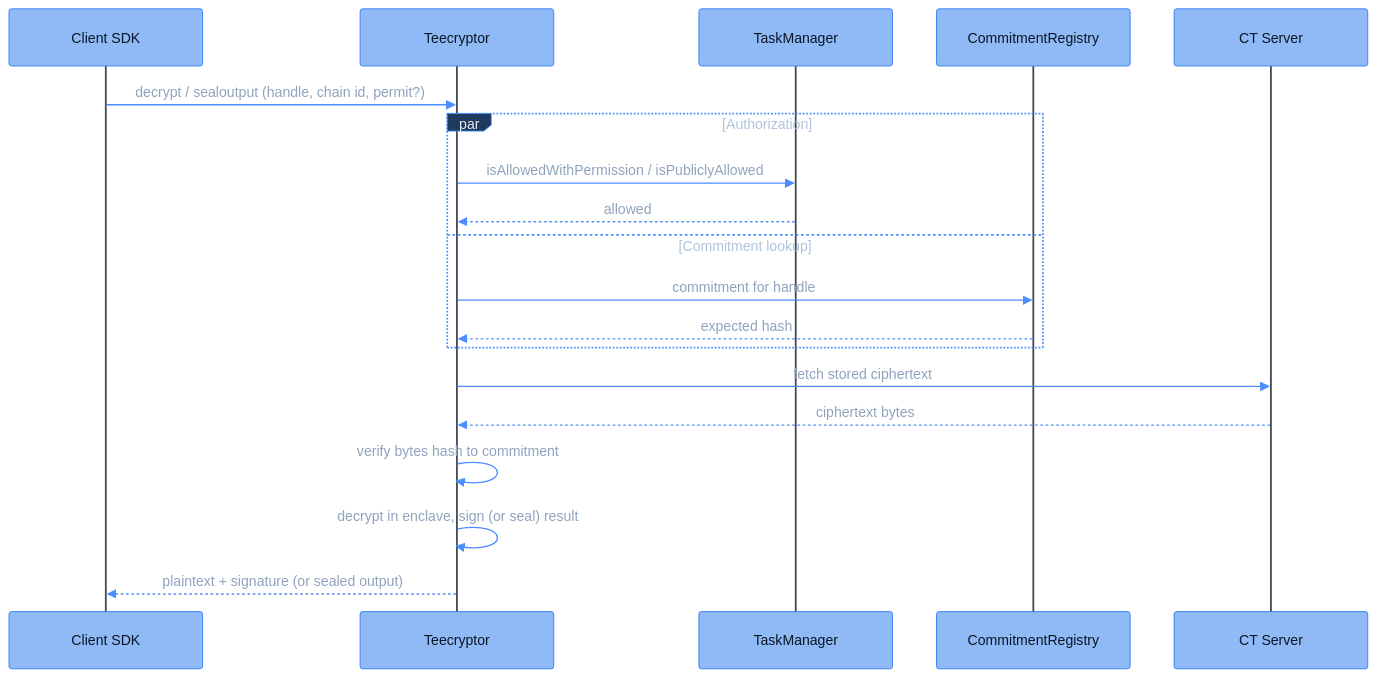
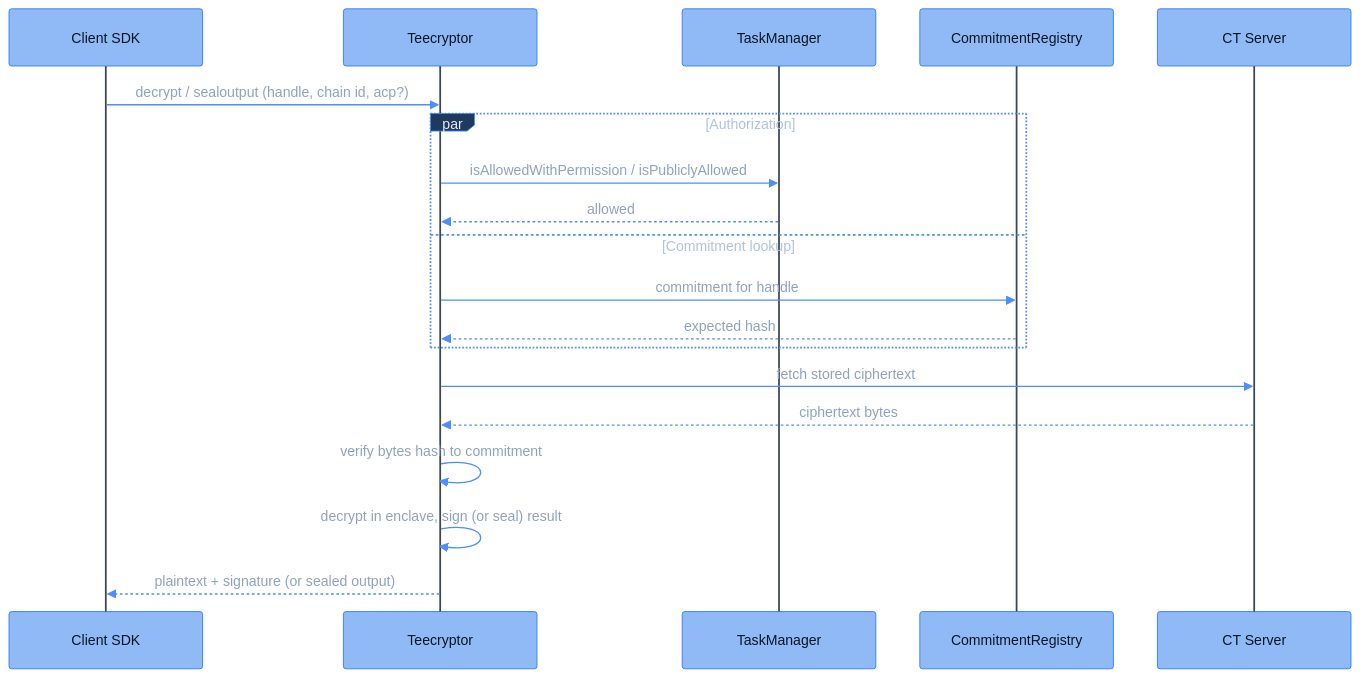
One commit to FhenixProtocol/fhenix-developer-docs changed the diagram in deep-dive/cofhe-components/teecryptor.mdx. Above: the diagram before and after it, drawn with Mermaid. The commit also changed other lines of this file, not shown here.

Commit message:
[DOCS] deep-dive/teecryptor: permit travels as acp, sealoutput requires one (ACP upgrade)

````diff
--- a/deep-dive/cofhe-components/teecryptor.mdx
+++ b/deep-dive/cofhe-components/teecryptor.mdx
@@ -46,23 +46,23 @@
 ```mermaid
 %%{init: {"theme": "base", "themeVariables": {"fontFamily": "Menlo, Monaco, Consolas, monospace", "fontSize": "16px", "primaryColor": "#8FBAF5", "primaryBorderColor": "#2E7CF6", "primaryTextColor": "#0A1626", "lineColor": "#4C8DFF", "signalColor": "#4C8DFF", "signalTextColor": "#8FA3BF", "actorBkg": "#8FBAF5", "actorBorder": "#2E7CF6", "actorTextColor": "#0A1626", "actorLineColor": "#3D4654", "noteBkgColor": "#14171C", "noteBorderColor": "#3D4654", "noteTextColor": "#AFC3DE", "activationBkgColor": "#1E3A5F", "activationBorderColor": "#4C8DFF", "clusterBkg": "#14171C", "clusterBorder": "#3D4654", "titleColor": "#E7EAEE", "edgeLabelBackground": "#8FBAF5", "textColor": "#AFC3DE", "labelTextColor": "#E7EAEE", "tertiaryColor": "#14171C", "loopTextColor": "#AFC3DE", "labelBoxBkgColor": "#1E3A5F", "labelBoxBorderColor": "#4C8DFF"}, "sequence": {"actorFontFamily": "Menlo, Monaco, Consolas, monospace", "messageFontFamily": "Menlo, Monaco, Consolas, monospace", "noteFontFamily": "Menlo, Monaco, Consolas, monospace", "width": 220, "actorFontSize": 16, "messageFontSize": 16, "noteFontSize": 15}}}%%
 sequenceDiagram
     participant SDK as Client SDK
     participant Teecryptor
     participant TaskManager
     participant Registry as CommitmentRegistry
     participant Store as CT Server
 
-    SDK->>Teecryptor: decrypt / sealoutput (handle, chain id, permit?)
+    SDK->>Teecryptor: decrypt / sealoutput (handle, chain id, acp?)
     par Authorization
         Teecryptor->>TaskManager: isAllowedWithPermission / isPubliclyAllowed
         TaskManager-->>Teecryptor: allowed
     and Commitment lookup
         Teecryptor->>Registry: commitment for handle
         Registry-->>Teecryptor: expected hash
     end
     Teecryptor->>Store: fetch stored ciphertext
     Store-->>Teecryptor: ciphertext bytes
     Teecryptor->>Teecryptor: verify bytes hash to commitment
     Teecryptor->>Teecryptor: decrypt in enclave, sign (or seal) result
     Teecryptor-->>SDK: plaintext + signature (or sealed output)
 ```
````
